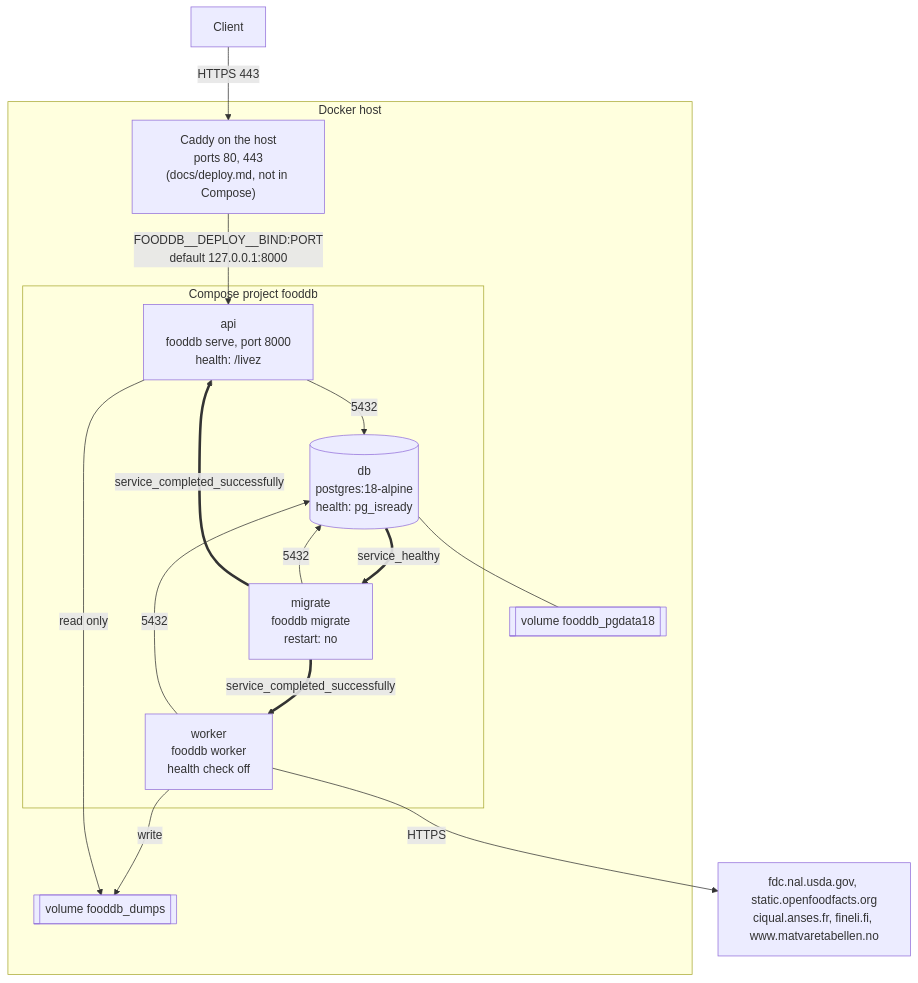
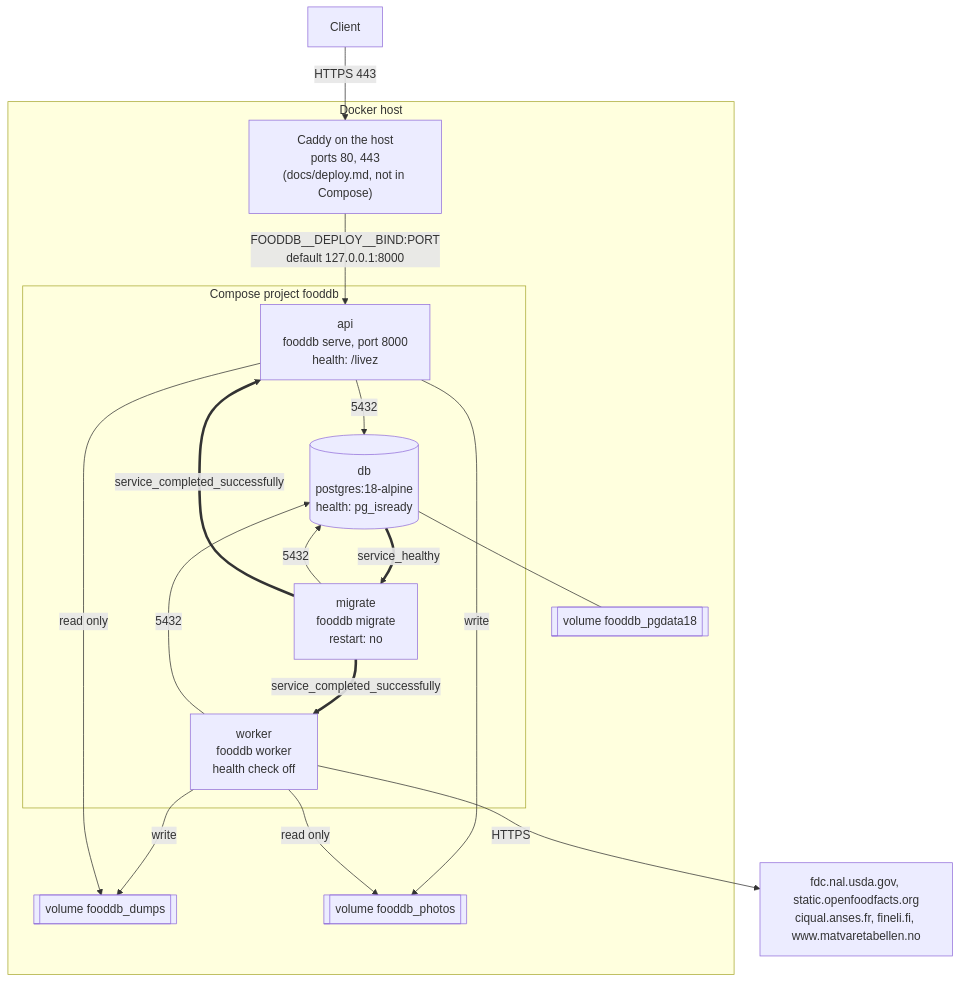
Before and after one commit to eait-fit/fooddb: the second of 15 diagrams in docs/architecture.md, drawn with Mermaid. The commit also changed other lines of this file and 25 other files, not shown here.

````diff
--- a/docs/architecture.md
+++ b/docs/architecture.md
@@ -77,28 +90,31 @@
 ```mermaid
 flowchart TB
     client["Client"]
     subgraph host["Docker host"]
         caddy["Caddy on the host<br/>ports 80, 443<br/>(docs/deploy.md, not in Compose)"]
         subgraph stack["Compose project fooddb"]
             dbc[("db<br/>postgres:18-alpine<br/>health: pg_isready")]
             mig["migrate<br/>fooddb migrate<br/>restart: no"]
             apic["api<br/>fooddb serve, port 8000<br/>health: /livez"]
             wk["worker<br/>fooddb worker<br/>health check off"]
         end
         vol[["volume fooddb_pgdata18"]]
         dvol[["volume fooddb_dumps"]]
+        pvol[["volume fooddb_photos"]]
     end
     up["fdc.nal.usda.gov, static.openfoodfacts.org<br/>ciqual.anses.fr, fineli.fi, www.matvaretabellen.no"]
     client -->|"HTTPS 443"| caddy
     caddy -->|"FOODDB__DEPLOY__BIND:PORT<br/>default 127.0.0.1:8000"| apic
     dbc --- vol
     wk -->|"write"| dvol
     apic -->|"read only"| dvol
+    apic -->|"write"| pvol
+    wk -->|"read only"| pvol
     mig -->|5432| dbc
     apic -->|5432| dbc
     wk -->|5432| dbc
     wk -->|HTTPS| up
     dbc ==>|service_healthy| mig
     mig ==>|service_completed_successfully| apic
     mig ==>|service_completed_successfully| wk
 ```
````
